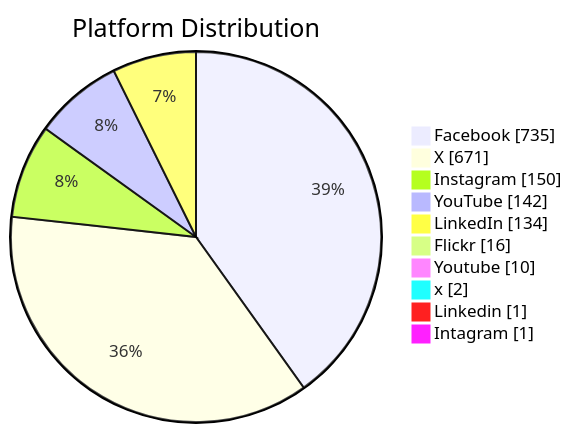
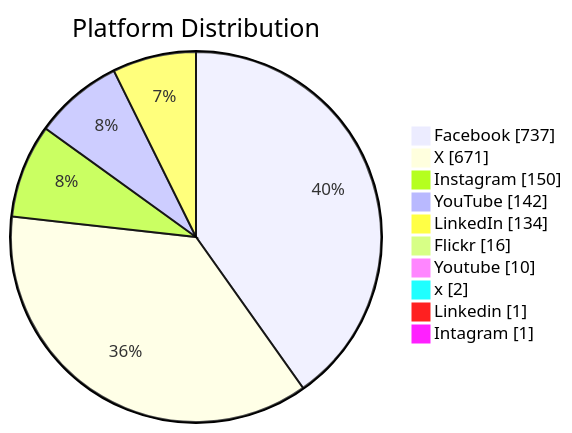
The second of 6 diagrams in README.md (PatLittle/GC-Socials), drawn with Mermaid before and after one commit. The commit also changed other lines of this file, not shown here.

Commit message:
Update README with Platform Distribution pie chart

````diff
--- a/README.md
+++ b/README.md
@@ -60,13 +61,13 @@
 ```mermaid
 pie showData title Platform Distribution
-    "Facebook": 735
+    "Facebook": 737
     "X": 671
     "Instagram": 150
     "YouTube": 142
     "LinkedIn": 134
     "Flickr": 16
     "Youtube": 10
     "x": 2
     "Linkedin": 1
     "Intagram": 1
 ```
````
